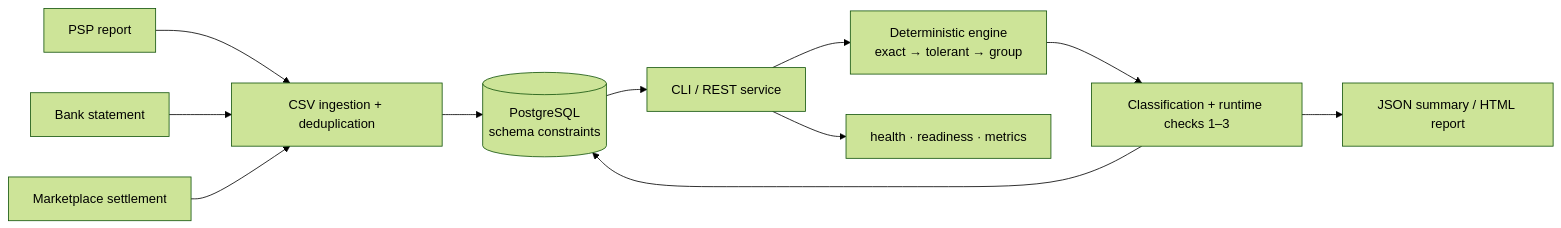
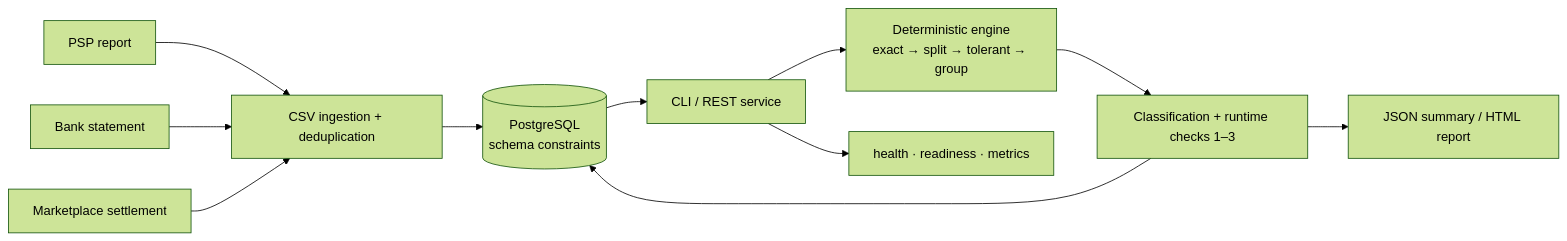
Before and after one commit to hilberspace-dev/portfolio: the diagram in projects/03-reconpilot-payment-reconciliation/README.md, drawn with Mermaid (forest theme). The commit also changed other lines of this file and 3 other files, not shown here.

````diff
--- a/projects/03-reconpilot-payment-reconciliation/README.md
+++ b/projects/03-reconpilot-payment-reconciliation/README.md
@@ -51,13 +52,13 @@
 ```mermaid
 flowchart LR
     P["PSP report"] --> I["CSV ingestion + deduplication"]
     B["Bank statement"] --> I
     M["Marketplace settlement"] --> I
     I --> DB[("PostgreSQL<br/>schema constraints")]
     DB --> S["CLI / REST service"]
-    S --> E["Deterministic engine<br/>exact → tolerant → group"]
+    S --> E["Deterministic engine<br/>exact → split → tolerant → group"]
     E --> V["Classification + runtime checks 1–3"]
     V --> DB
     V --> O["JSON summary / HTML report"]
     S --> X["health · readiness · metrics"]
 ```
````
